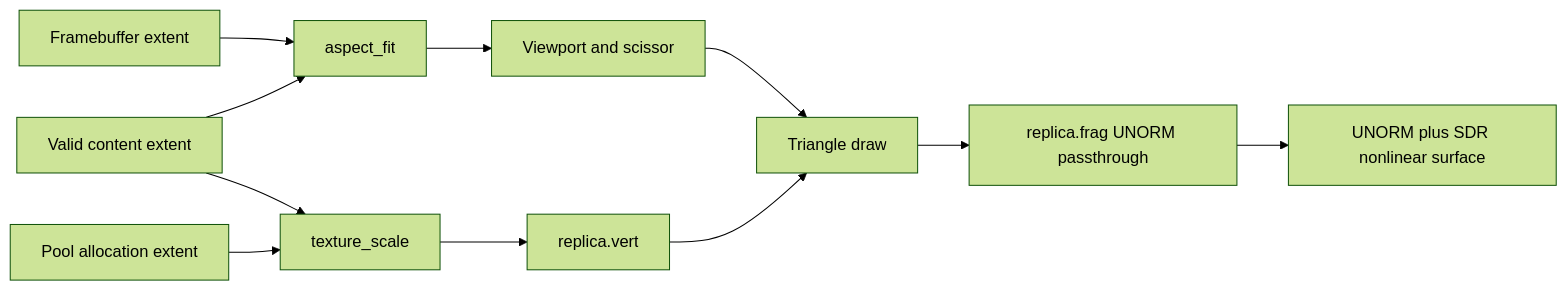
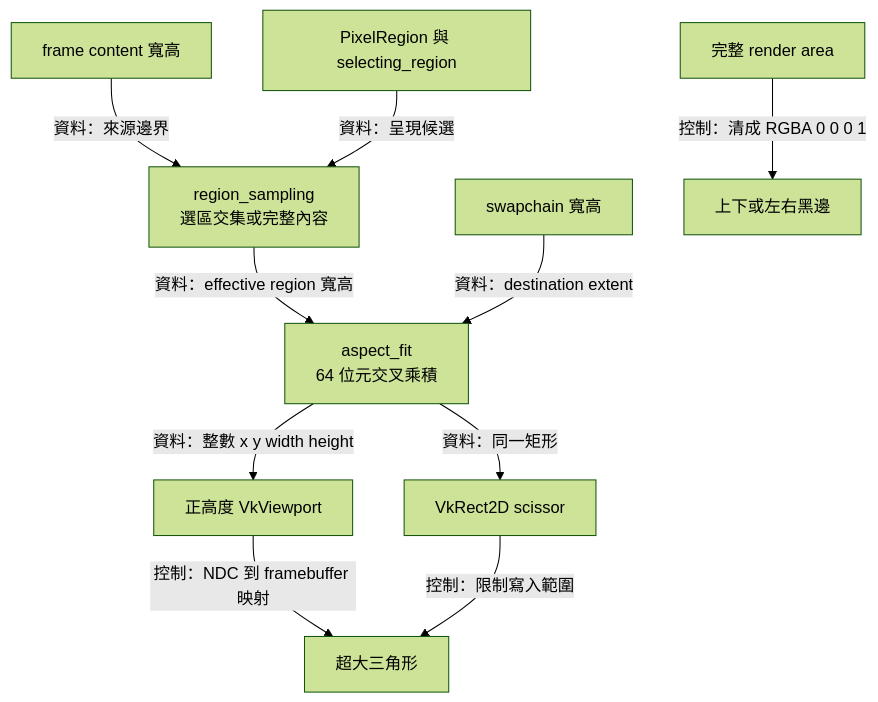
One commit to Mes0903/avb0795 changed the eighth of 9 diagrams in docs/architecture/renderer.md. Above: the diagram before and after it, drawn with Mermaid (forest theme). The commit also changed other lines of this file and 156 other files, not shown here.

````diff
--- a/docs/architecture/renderer.md
+++ b/docs/architecture/renderer.md
@@ -160,13 +296,12 @@
 ```mermaid
-flowchart LR
-    Content[Valid content extent] --> Fit[aspect_fit]
-    Framebuffer[Framebuffer extent] --> Fit
-    Fit --> View[Viewport and scissor]
-    Allocation[Pool allocation extent] --> Scale[texture_scale]
-    Content --> Scale
-    Scale --> Vertex[replica.vert]
-    View --> Draw[Triangle draw]
-    Vertex --> Draw
-    Draw --> Fragment[replica.frag UNORM passthrough]
-    Fragment --> Surface[UNORM plus SDR nonlinear surface]
+flowchart TB
+    Content[frame content 寬高] -->|資料：來源邊界| Region[region_sampling<br/>選區交集或完整內容]
+    Requested[PixelRegion 與 selecting_region] -->|資料：呈現候選| Region
+    Region -->|資料：effective region 寬高| Fit[aspect_fit<br/>64 位元交叉乘積]
+    Destination[swapchain 寬高] -->|資料：destination extent| Fit
+    Fit -->|資料：整數 x y width height| Viewport[正高度 VkViewport]
+    Fit -->|資料：同一矩形| Scissor[VkRect2D scissor]
+    Clear[完整 render area] -->|控制：清成 RGBA 0 0 0 1| Border[上下或左右黑邊]
+    Viewport -->|控制：NDC 到 framebuffer 映射| Draw[超大三角形]
+    Scissor -->|控制：限制寫入範圍| Draw
 ```
````
